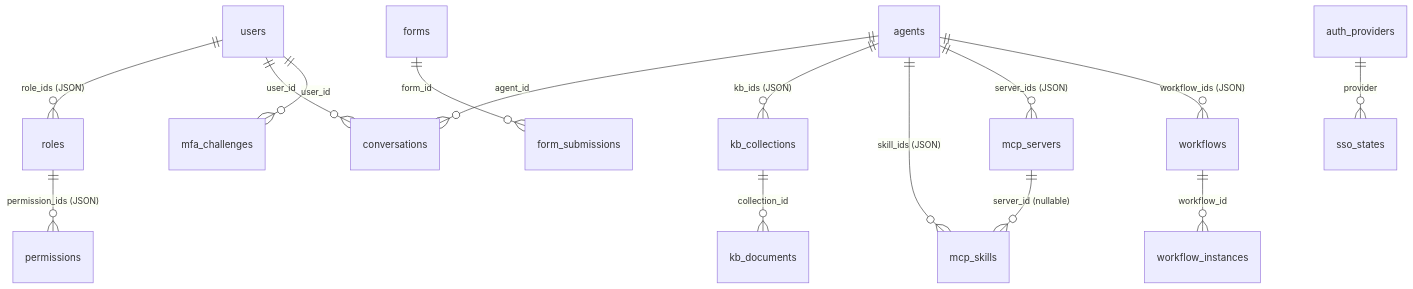
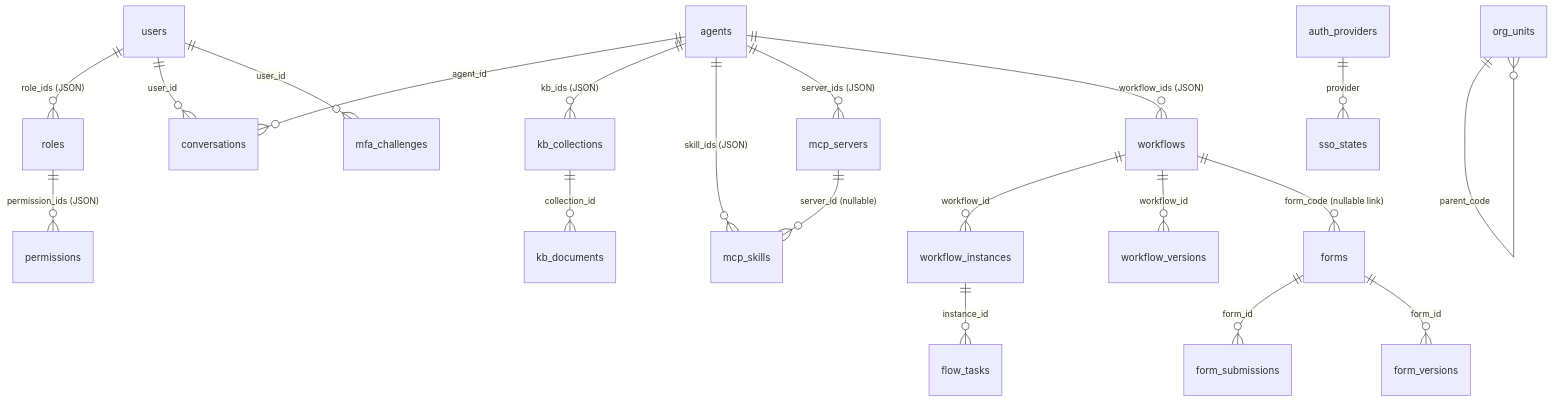
Before and after one commit to liudonghua123/ai-lowcode-platform: the diagram in docs/data-model.md, drawn with Mermaid. The commit also changed other lines of this file and 39 other files, not shown here.

First line of the commit message:
feat(forms/workflows): domestic form engine, human approval runtime and docs

````diff
--- a/docs/data-model.md
+++ b/docs/data-model.md
@@ -32,17 +32,22 @@
 ```mermaid
 erDiagram
     users ||--o{ roles : "role_ids (JSON)"
     roles ||--o{ permissions : "permission_ids (JSON)"
     users ||--o{ conversations : "user_id"
     forms ||--o{ form_submissions : "form_id"
     workflows ||--o{ workflow_instances : "workflow_id"
     kb_collections ||--o{ kb_documents : "collection_id"
     agents ||--o{ conversations : "agent_id"
     agents ||--o{ kb_collections : "kb_ids (JSON)"
     agents ||--o{ mcp_skills : "skill_ids (JSON)"
     agents ||--o{ mcp_servers : "server_ids (JSON)"
     agents ||--o{ workflows : "workflow_ids (JSON)"
     mcp_servers ||--o{ mcp_skills : "server_id (nullable)"
     auth_providers ||--o{ sso_states : "provider"
     users ||--o{ mfa_challenges : "user_id"
+    forms ||--o{ form_versions : "form_id"
+    workflows ||--o{ workflow_versions : "workflow_id"
+    workflow_instances ||--o{ flow_tasks : "instance_id"
+    org_units ||--o{ org_units : "parent_code"
+    workflows ||--o{ forms : "form_code (nullable link)"
 ```
````
